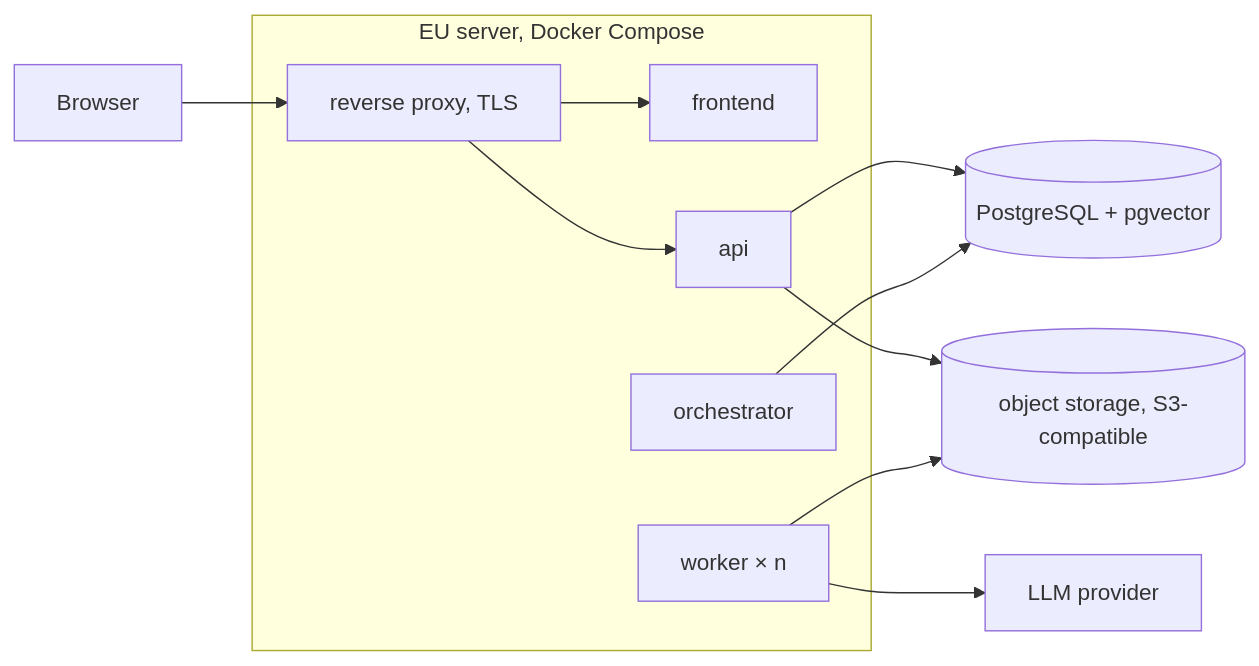
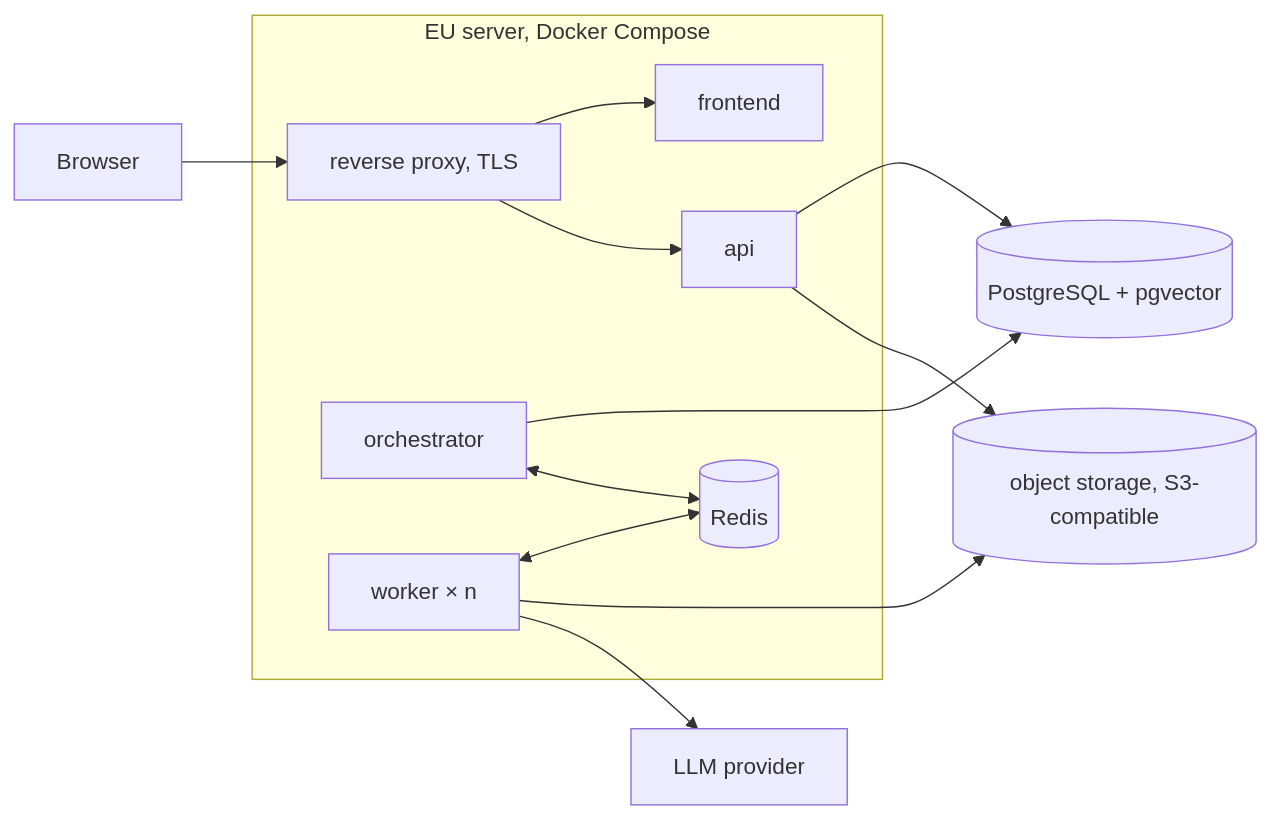
The fourth of 4 diagrams in docs/Architecture.md (thomaselmer/sibp-infos), drawn with Mermaid before and after one commit. The commit also changed other lines of this file and 4 other files, not shown here.

Commit message:
architecture A5: shared orchestrator processes, Redis as message channel, inputs via object storage

````diff
--- a/docs/Architecture.md
+++ b/docs/Architecture.md
@@ -206,15 +244,18 @@
 ```mermaid
 flowchart LR
   U[Browser] --> RP[reverse proxy, TLS]
   subgraph Server[EU server, Docker Compose]
     RP --> FE[frontend]
     RP --> API[api]
     ORC[orchestrator]
     WRK[worker × n]
+    RD[(Redis)]
   end
   API --> DB[(PostgreSQL + pgvector)]
   ORC --> DB
+  ORC <--> RD
+  WRK <--> RD
   API --> OS[(object storage, S3-compatible)]
   WRK --> OS
   WRK --> LLM[LLM provider]
 ```
````
